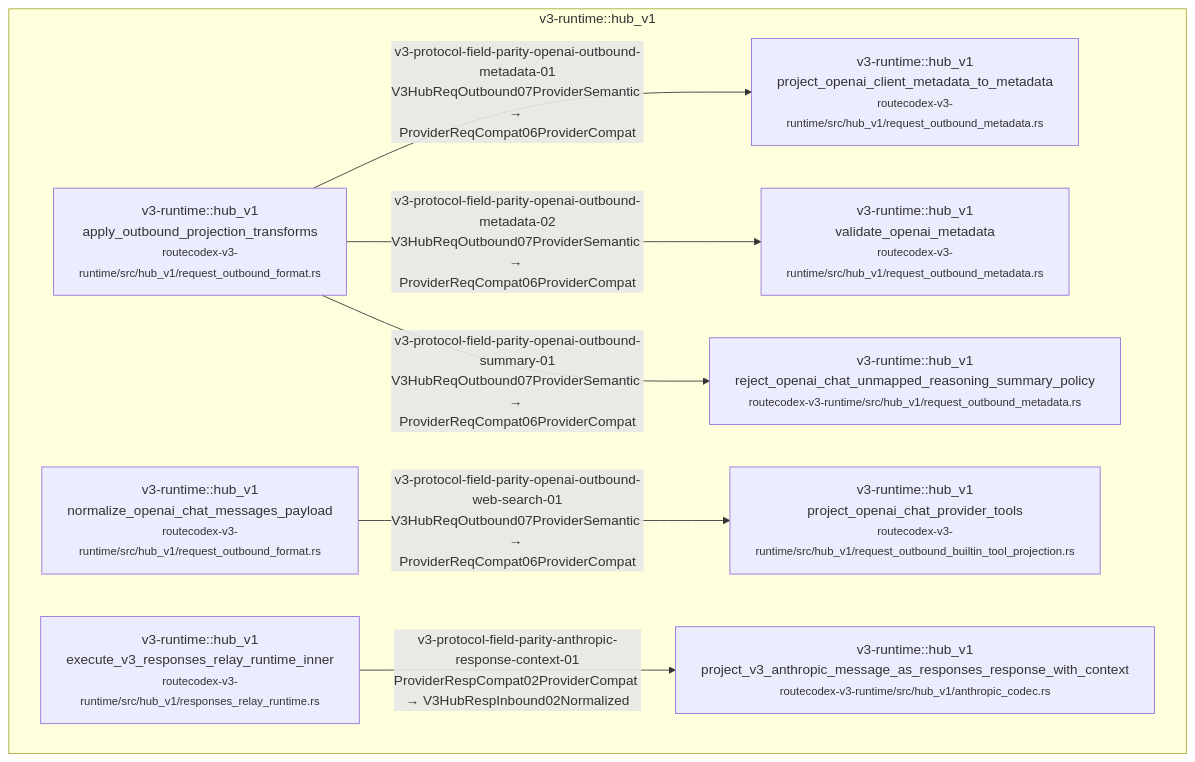
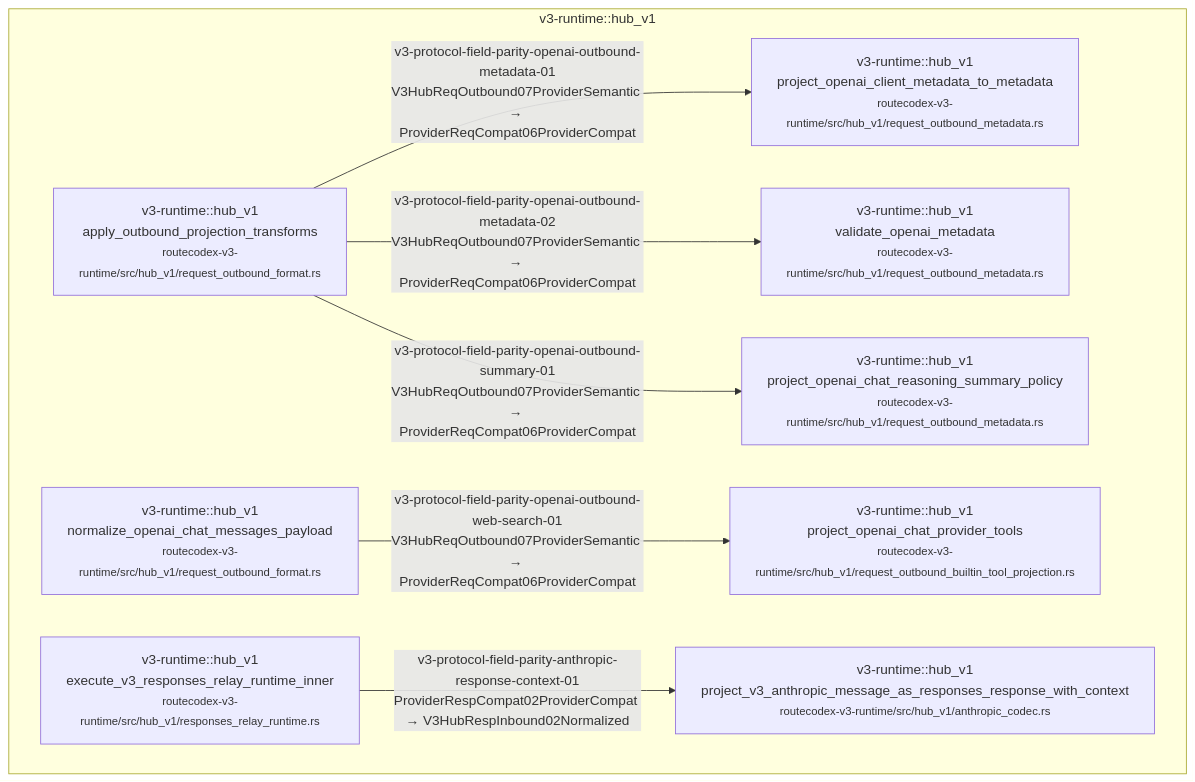
One commit to Jasonzhangf/routecodex changed diagram 13 of 55 in docs/architecture/wiki/v3-mainline-caller-flow.md. Above: the diagram before and after it, drawn with Mermaid. The commit also changed other lines of this file and 104 other files, not shown here.

First line of the commit message:
fix(v3): revert resp04 semantic coalescing - preserve history immutability

````diff
--- a/docs/architecture/wiki/v3-mainline-caller-flow.md
+++ b/docs/architecture/wiki/v3-mainline-caller-flow.md
@@ -506,18 +533,18 @@
 ```mermaid
 flowchart TD
-  subgraph c_10_v3_protocol_conversion_field_parity_outbound_helper_bindings_m_v3_runtime__hub_v1["v3-runtime::hub_v1"]
-    c_10_v3_protocol_conversion_field_parity_outbound_helper_bindings_0["v3-runtime::hub_v1<br/>apply_outbound_projection_transforms<br/><small>routecodex-v3-runtime/src/hub_v1/request_outbound_format.rs</small>"]
-    c_10_v3_protocol_conversion_field_parity_outbound_helper_bindings_1["v3-runtime::hub_v1<br/>project_openai_client_metadata_to_metadata<br/><small>routecodex-v3-runtime/src/hub_v1/request_outbound_metadata.rs</small>"]
-    c_10_v3_protocol_conversion_field_parity_outbound_helper_bindings_2["v3-runtime::hub_v1<br/>validate_openai_metadata<br/><small>routecodex-v3-runtime/src/hub_v1/request_outbound_metadata.rs</small>"]
-    c_10_v3_protocol_conversion_field_parity_outbound_helper_bindings_3["v3-runtime::hub_v1<br/>reject_openai_chat_unmapped_reasoning_summary_policy<br/><small>routecodex-v3-runtime/src/hub_v1/request_outbound_metadata.rs</small>"]
-    c_10_v3_protocol_conversion_field_parity_outbound_helper_bindings_4["v3-runtime::hub_v1<br/>normalize_openai_chat_messages_payload<br/><small>routecodex-v3-runtime/src/hub_v1/request_outbound_format.rs</small>"]
-    c_10_v3_protocol_conversion_field_parity_outbound_helper_bindings_5["v3-runtime::hub_v1<br/>project_openai_chat_provider_tools<br/><small>routecodex-v3-runtime/src/hub_v1/request_outbound_builtin_tool_projection.rs</small>"]
-    c_10_v3_protocol_conversion_field_parity_outbound_helper_bindings_6["v3-runtime::hub_v1<br/>execute_v3_responses_relay_runtime_inner<br/><small>routecodex-v3-runtime/src/hub_v1/responses_relay_runtime.rs</small>"]
-    c_10_v3_protocol_conversion_field_parity_outbound_helper_bindings_7["v3-runtime::hub_v1<br/>project_v3_anthropic_message_as_responses_response_with_context<br/><small>routecodex-v3-runtime/src/hub_v1/anthropic_codec.rs</small>"]
+  subgraph c_11_v3_protocol_conversion_field_parity_outbound_helper_bindings_m_v3_runtime__hub_v1["v3-runtime::hub_v1"]
+    c_11_v3_protocol_conversion_field_parity_outbound_helper_bindings_0["v3-runtime::hub_v1<br/>apply_outbound_projection_transforms<br/><small>routecodex-v3-runtime/src/hub_v1/request_outbound_format.rs</small>"]
+    c_11_v3_protocol_conversion_field_parity_outbound_helper_bindings_1["v3-runtime::hub_v1<br/>project_openai_client_metadata_to_metadata<br/><small>routecodex-v3-runtime/src/hub_v1/request_outbound_metadata.rs</small>"]
+    c_11_v3_protocol_conversion_field_parity_outbound_helper_bindings_2["v3-runtime::hub_v1<br/>validate_openai_metadata<br/><small>routecodex-v3-runtime/src/hub_v1/request_outbound_metadata.rs</small>"]
+    c_11_v3_protocol_conversion_field_parity_outbound_helper_bindings_3["v3-runtime::hub_v1<br/>project_openai_chat_reasoning_summary_policy<br/><small>routecodex-v3-runtime/src/hub_v1/request_outbound_metadata.rs</small>"]
+    c_11_v3_protocol_conversion_field_parity_outbound_helper_bindings_4["v3-runtime::hub_v1<br/>normalize_openai_chat_messages_payload<br/><small>routecodex-v3-runtime/src/hub_v1/request_outbound_format.rs</small>"]
+    c_11_v3_protocol_conversion_field_parity_outbound_helper_bindings_5["v3-runtime::hub_v1<br/>project_openai_chat_provider_tools<br/><small>routecodex-v3-runtime/src/hub_v1/request_outbound_builtin_tool_projection.rs</small>"]
+    c_11_v3_protocol_conversion_field_parity_outbound_helper_bindings_6["v3-runtime::hub_v1<br/>execute_v3_responses_relay_runtime_inner<br/><small>routecodex-v3-runtime/src/hub_v1/responses_relay_runtime.rs</small>"]
+    c_11_v3_protocol_conversion_field_parity_outbound_helper_bindings_7["v3-runtime::hub_v1<br/>project_v3_anthropic_message_as_responses_response_with_context<br/><small>routecodex-v3-runtime/src/hub_v1/anthropic_codec.rs</small>"]
   end
-  c_10_v3_protocol_conversion_field_parity_outbound_helper_bindings_0 -->|v3-protocol-field-parity-openai-outbound-metadata-01<br/>V3HubReqOutbound07ProviderSemantic → ProviderReqCompat06ProviderCompat| c_10_v3_protocol_conversion_field_parity_outbound_helper_bindings_1
-  c_10_v3_protocol_conversion_field_parity_outbound_helper_bindings_0 -->|v3-protocol-field-parity-openai-outbound-metadata-02<br/>V3HubReqOutbound07ProviderSemantic → ProviderReqCompat06ProviderCompat| c_10_v3_protocol_conversion_field_parity_outbound_helper_bindings_2
-  c_10_v3_protocol_conversion_field_parity_outbound_helper_bindings_0 -->|v3-protocol-field-parity-openai-outbound-summary-01<br/>V3HubReqOutbound07ProviderSemantic → ProviderReqCompat06ProviderCompat| c_10_v3_protocol_conversion_field_parity_outbound_helper_bindings_3
-  c_10_v3_protocol_conversion_field_parity_outbound_helper_bindings_4 -->|v3-protocol-field-parity-openai-outbound-web-search-01<br/>V3HubReqOutbound07ProviderSemantic → ProviderReqCompat06ProviderCompat| c_10_v3_protocol_conversion_field_parity_outbound_helper_bindings_5
-  c_10_v3_protocol_conversion_field_parity_outbound_helper_bindings_6 -->|v3-protocol-field-parity-anthropic-response-context-01<br/>ProviderRespCompat02ProviderCompat → V3HubRespInbound02Normalized| c_10_v3_protocol_conversion_field_parity_outbound_helper_bindings_7
+  c_11_v3_protocol_conversion_field_parity_outbound_helper_bindings_0 -->|v3-protocol-field-parity-openai-outbound-metadata-01<br/>V3HubReqOutbound07ProviderSemantic → ProviderReqCompat06ProviderCompat| c_11_v3_protocol_conversion_field_parity_outbound_helper_bindings_1
+  c_11_v3_protocol_conversion_field_parity_outbound_helper_bindings_0 -->|v3-protocol-field-parity-openai-outbound-metadata-02<br/>V3HubReqOutbound07ProviderSemantic → ProviderReqCompat06ProviderCompat| c_11_v3_protocol_conversion_field_parity_outbound_helper_bindings_2
+  c_11_v3_protocol_conversion_field_parity_outbound_helper_bindings_0 -->|v3-protocol-field-parity-openai-outbound-summary-01<br/>V3HubReqOutbound07ProviderSemantic → ProviderReqCompat06ProviderCompat| c_11_v3_protocol_conversion_field_parity_outbound_helper_bindings_3
+  c_11_v3_protocol_conversion_field_parity_outbound_helper_bindings_4 -->|v3-protocol-field-parity-openai-outbound-web-search-01<br/>V3HubReqOutbound07ProviderSemantic → ProviderReqCompat06ProviderCompat| c_11_v3_protocol_conversion_field_parity_outbound_helper_bindings_5
+  c_11_v3_protocol_conversion_field_parity_outbound_helper_bindings_6 -->|v3-protocol-field-parity-anthropic-response-context-01<br/>ProviderRespCompat02ProviderCompat → V3HubRespInbound02Normalized| c_11_v3_protocol_conversion_field_parity_outbound_helper_bindings_7
 ```
````
